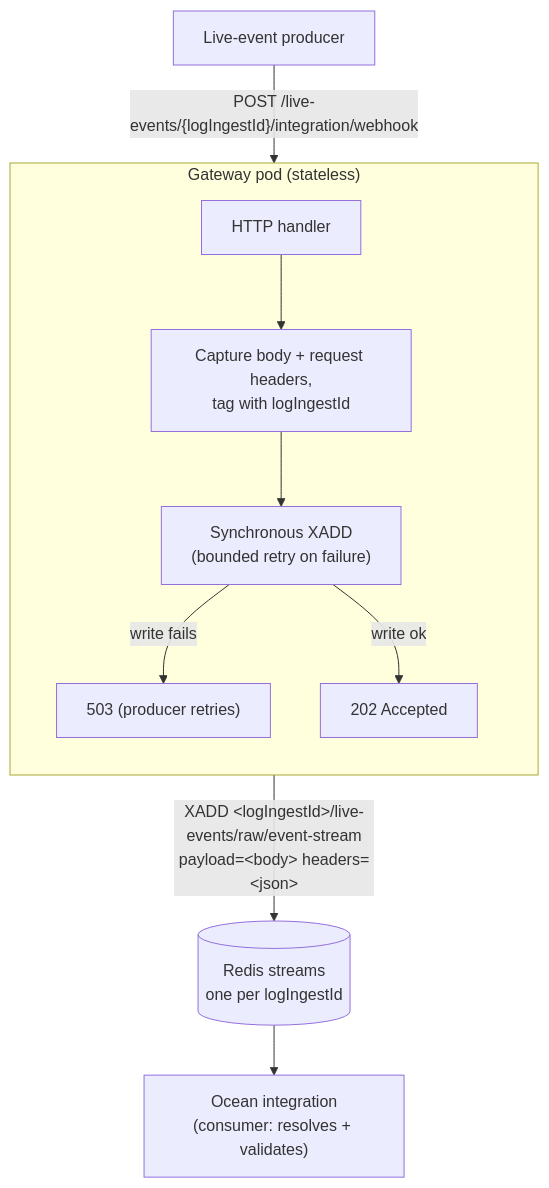
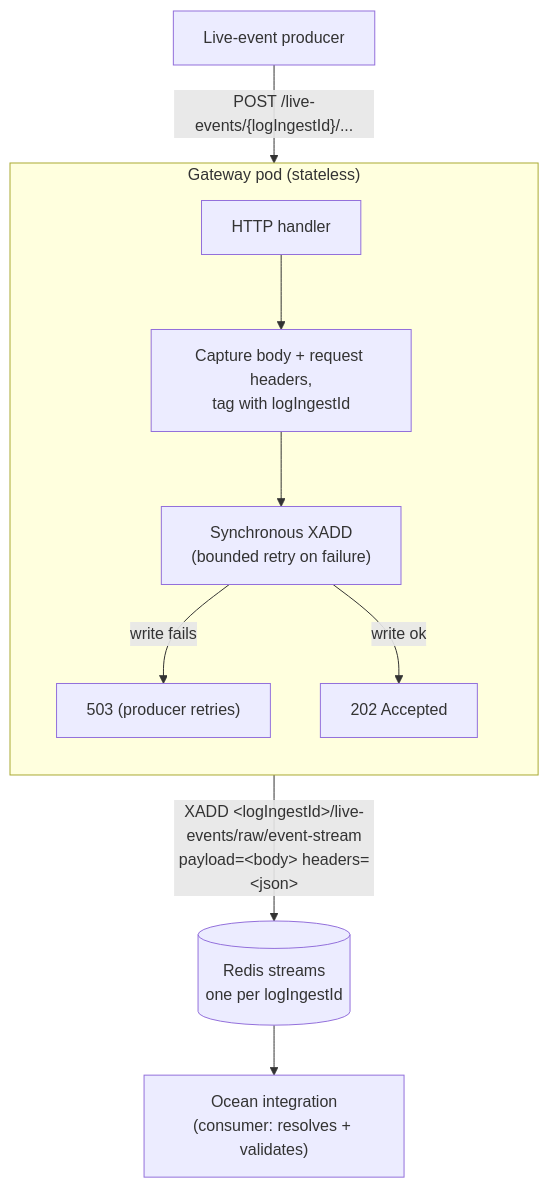
Before and after one commit to port-labs/ocean-gateway: the diagram in README.md, drawn with Mermaid. The commit also changed other lines of this file and 3 other files, not shown here.

Commit message:
feat: accept flexible live-events webhook paths

````diff
--- a/README.md
+++ b/README.md
@@ -14,15 +14,15 @@
 ```mermaid
 flowchart TD
-    P["Live-event producer"] -->|"POST /live-events/{logIngestId}/integration/webhook"| H
+    P["Live-event producer"] -->|"POST /live-events/{logIngestId}/..."| H
 
     subgraph GW["Gateway pod (stateless)"]
         direction TB
         H["HTTP handler"] --> CAP["Capture body + request headers,<br/>tag with logIngestId"]
         CAP --> X["Synchronous XADD<br/>(bounded retry on failure)"]
         X -->|write fails| E503["503 (producer retries)"]
         X -->|write ok| OK["202 Accepted"]
     end
 
     X -->|"XADD &lt;logIngestId&gt;/live-events/raw/event-stream<br/>payload=&lt;body&gt; headers=&lt;json&gt;"| R[("Redis streams<br/>one per logIngestId")]
     R --> OI["Ocean integration<br/>(consumer: resolves + validates)"]
 ```
````
